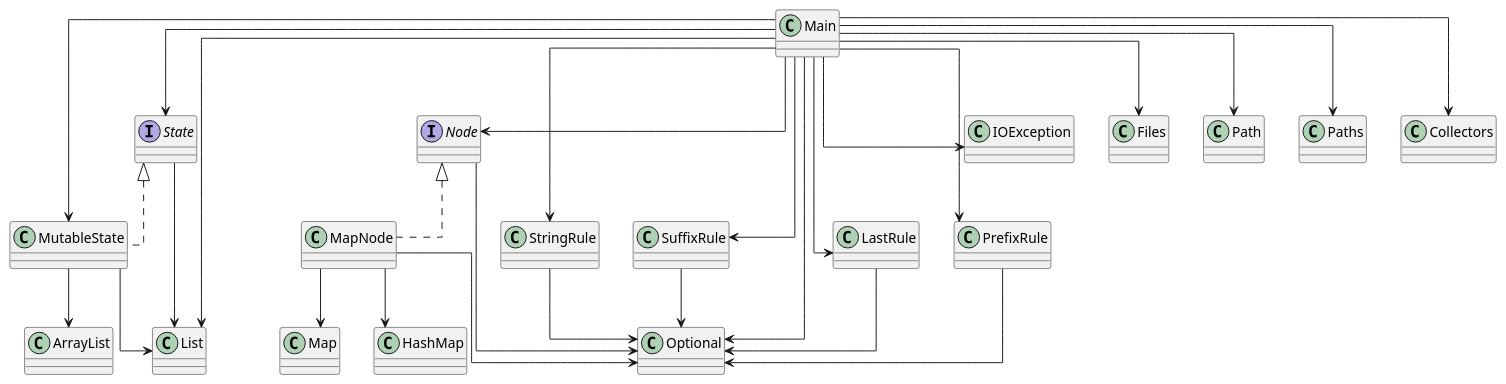
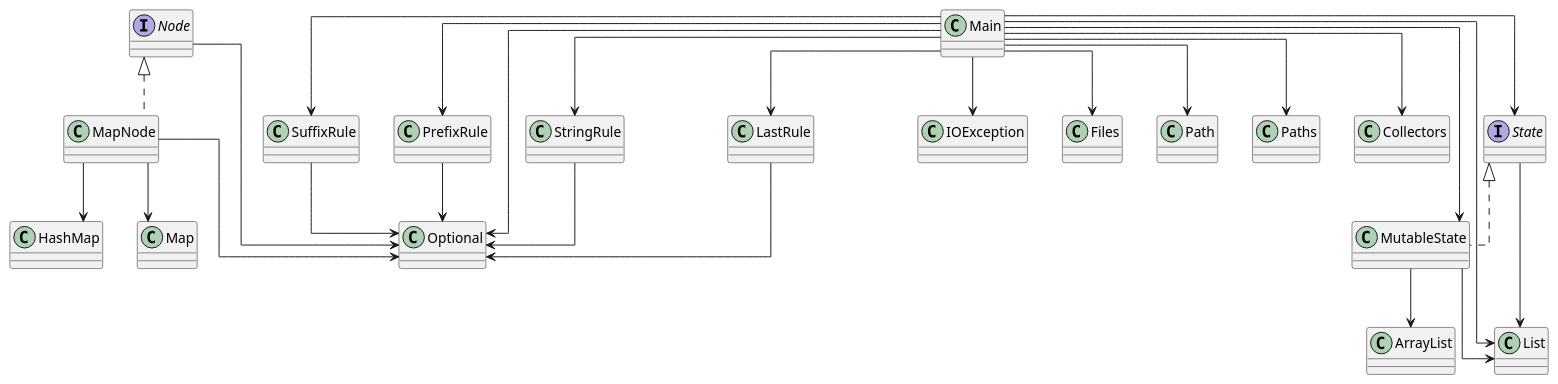
One commit to SirMathhman/Magma changed the diagram in diagram.puml. Above: the diagram before and after it, drawn with PlantUML. The commit also changed 2 other files, not shown here.

```diff
--- a/diagram.puml
+++ b/diagram.puml
@@ -1,42 +1,41 @@
 @startuml
 skinparam linetype ortho
 class Node
 Node --> Optional
 interface Node
 class MutableState
 MutableState --> ArrayList
 MutableState --> List
 class MutableState implements State
 class Main
 Main --> LastRule
 Main --> MutableState
-Main --> Node
 Main --> PrefixRule
 Main --> State
 Main --> StringRule
 Main --> SuffixRule
 Main --> IOException
 Main --> Files
 Main --> Path
 Main --> Paths
 Main --> List
 Main --> Optional
 Main --> Collectors
 class Main
 class StringRule
 StringRule --> Optional
 class LastRule
 LastRule --> Optional
 class MapNode
 MapNode --> HashMap
 MapNode --> Map
 MapNode --> Optional
 class MapNode implements Node
 class PrefixRule
 PrefixRule --> Optional
 class SuffixRule
 SuffixRule --> Optional
 class State
 State --> List
 interface State
 @enduml
```
